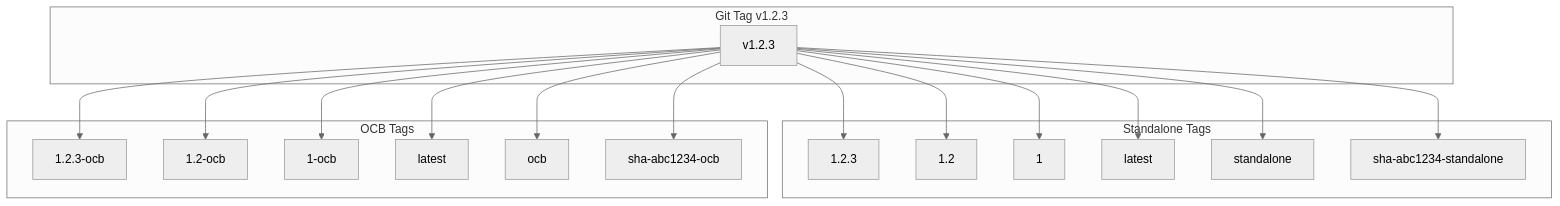
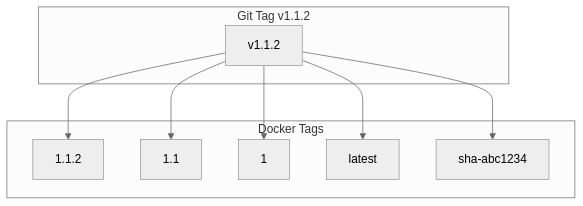
Before and after one commit to telemetryflow/telemetryflow-collector: the seventh of 13 diagrams in docs/GITHUB-WORKFLOWS.md, drawn with Mermaid (neutral theme). The commit also changed other lines of this file and 126 other files, not shown here.

````diff
--- a/docs/GITHUB-WORKFLOWS.md
+++ b/docs/GITHUB-WORKFLOWS.md
@@ -524,38 +260,20 @@
 ```mermaid
 flowchart TD
-    subgraph "Git Tag v1.2.3"
-        GT[v1.2.3]
+    subgraph "Git Tag v1.1.2"
+        GT[v1.1.2]
     end
 
-    subgraph "Standalone Tags"
-        ST1[1.2.3]
-        ST2[1.2]
-        ST3[1]
-        ST4[latest]
-        ST5[standalone]
-        ST6[sha-abc1234-standalone]
+    subgraph "Docker Tags"
+        T1[1.1.2]
+        T2[1.1]
+        T3[1]
+        T4[latest]
+        T5[sha-abc1234]
     end
 
-    subgraph "OCB Tags"
-        OT1[1.2.3-ocb]
-        OT2[1.2-ocb]
-        OT3[1-ocb]
-        OT4[latest]
-        OT5[ocb]
-        OT6[sha-abc1234-ocb]
-    end
-
-    GT --> ST1
-    GT --> ST2
-    GT --> ST3
-    GT --> ST4
-    GT --> ST5
-    GT --> ST6
-
-    GT --> OT1
-    GT --> OT2
-    GT --> OT3
-    GT --> OT4
-    GT --> OT5
-    GT --> OT6
+    GT --> T1
+    GT --> T2
+    GT --> T3
+    GT --> T4
+    GT --> T5
 ```
````
